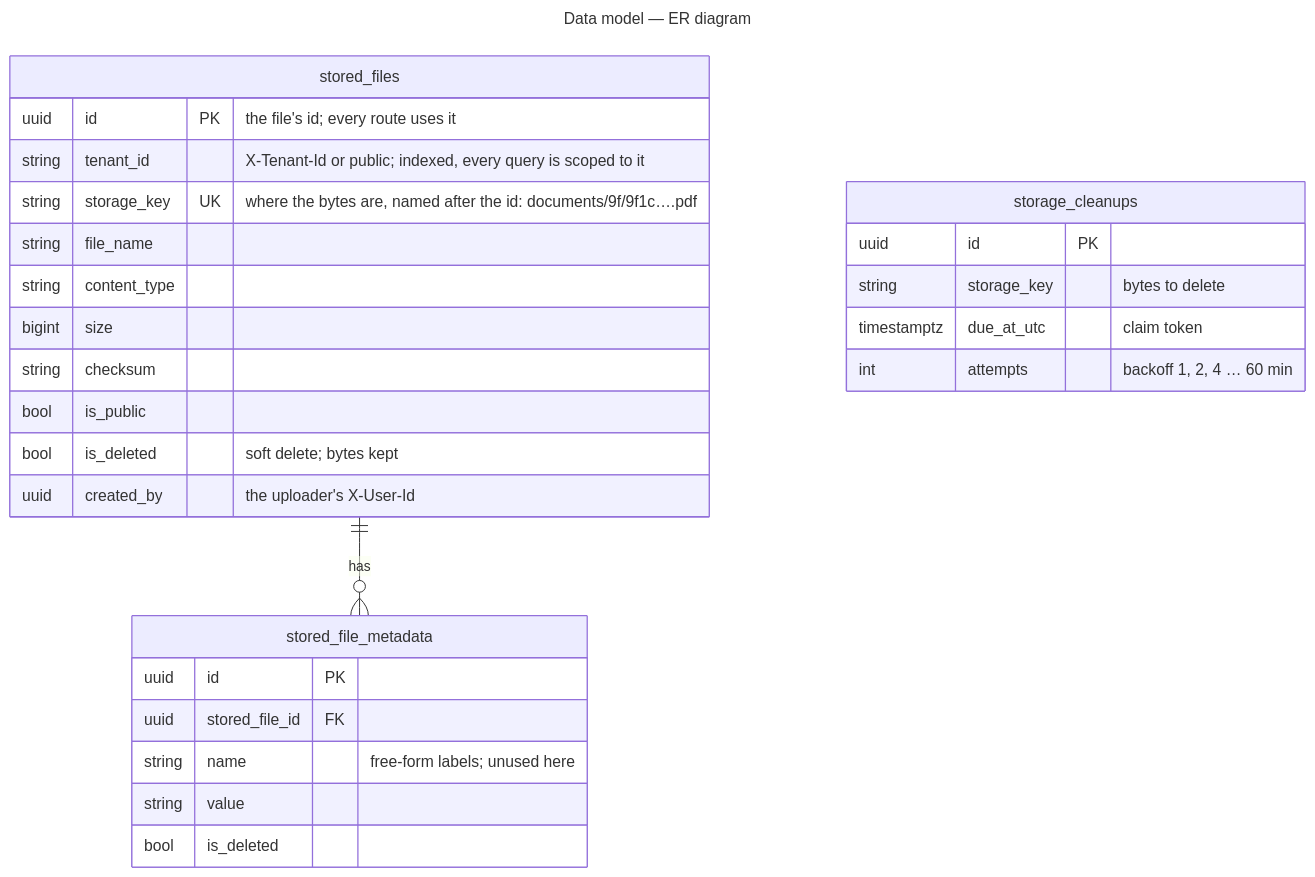
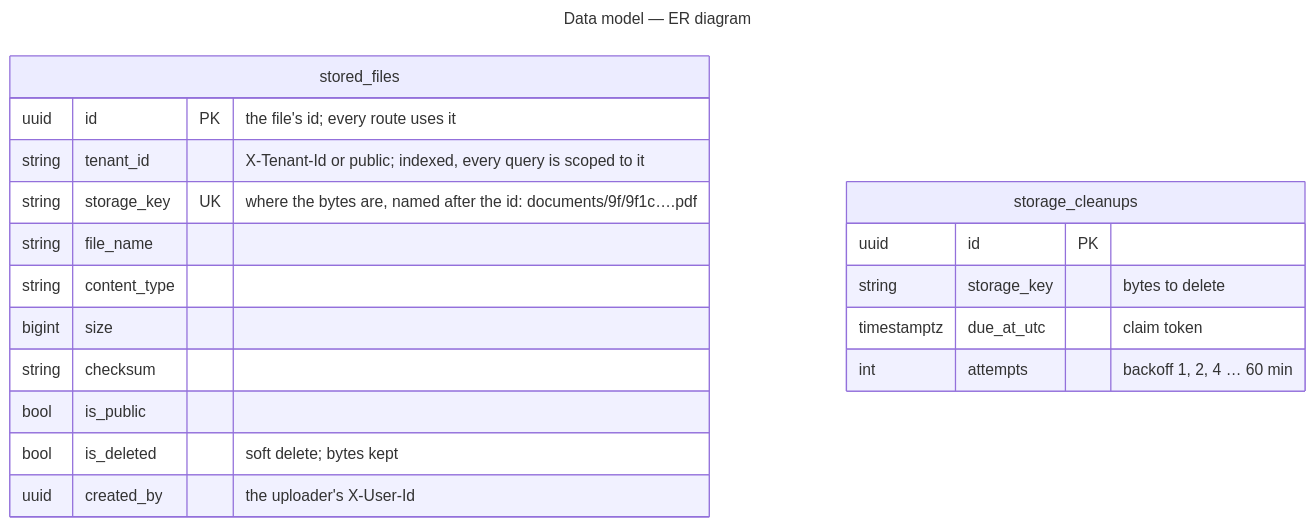
Before and after one commit to gmetskhvarishvili/GM.FileStorage.Samples: the third of 3 diagrams in docs/architecture.md, drawn with Mermaid. The commit also changed other lines of this file and 27 other files, not shown here.

First line of the commit message:
refactor: drop the stored_file_metadata table

````diff
--- a/docs/architecture.md
+++ b/docs/architecture.md
@@ -93,32 +93,24 @@
 ```mermaid
 ---
 title: Data model — ER diagram
 ---
 erDiagram
-    stored_files ||--o{ stored_file_metadata : has
     stored_files {
         uuid id PK "the file's id; every route uses it"
         string tenant_id "X-Tenant-Id or public; indexed, every query is scoped to it"
         string storage_key UK "where the bytes are, named after the id: documents/9f/9f1c….pdf"
         string file_name
         string content_type
         bigint size
         string checksum
         bool is_public
         bool is_deleted "soft delete; bytes kept"
         uuid created_by "the uploader's X-User-Id"
     }
-    stored_file_metadata {
-        uuid id PK
-        uuid stored_file_id FK
-        string name "free-form labels; unused here"
-        string value
-        bool is_deleted
-    }
     storage_cleanups {
         uuid id PK
         string storage_key "bytes to delete"
         timestamptz due_at_utc "claim token"
         int attempts "backoff 1, 2, 4 … 60 min"
     }
 ```
````
